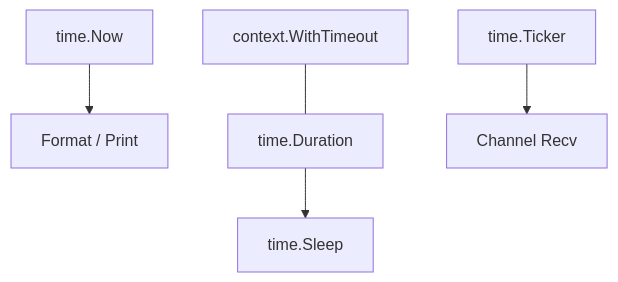
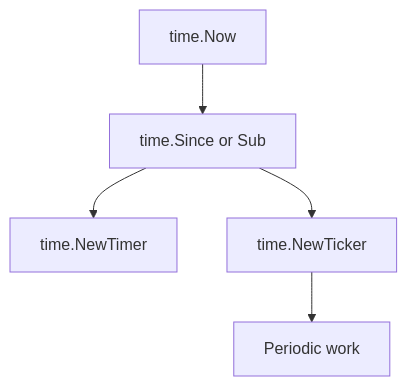
One commit to syahputrawork98-sketch/Golang-Knowledge-Base changed the diagram in RAK-05-standard-library/SR-04-utilities/BK-02-time/CH-01_Time/README.md. Above: the diagram before and after it, drawn with Mermaid. The commit also changed other lines of this file and 44 other files, not shown here.

````diff
--- a/RAK-05-standard-library/SR-04-utilities/BK-02-time/CH-01_Time/README.md
+++ b/RAK-05-standard-library/SR-04-utilities/BK-02-time/CH-01_Time/README.md
@@ -27,8 +35,7 @@
 ```mermaid
 graph TD
-
-    NOW[time.Now] --> DISP[Format / Print]
-    DUR[time.Duration] --> SLP[time.Sleep]
-    TKR[time.Ticker] --> LOOP[Channel Recv]
-    CTX[context.WithTimeout] --- DUR
+    Now[time.Now] --> Duration[time.Since or Sub]
+    Duration --> Timer[time.NewTimer]
+    Duration --> Ticker[time.NewTicker]
+    Ticker --> Loop[Periodic work]
 ```
````
